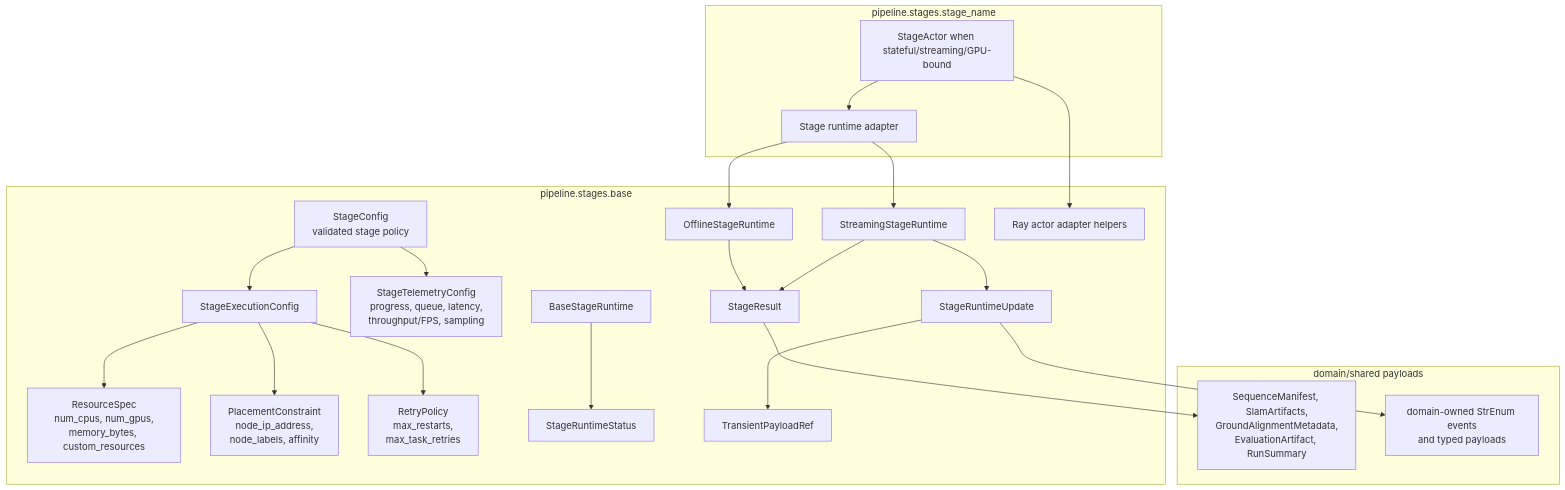
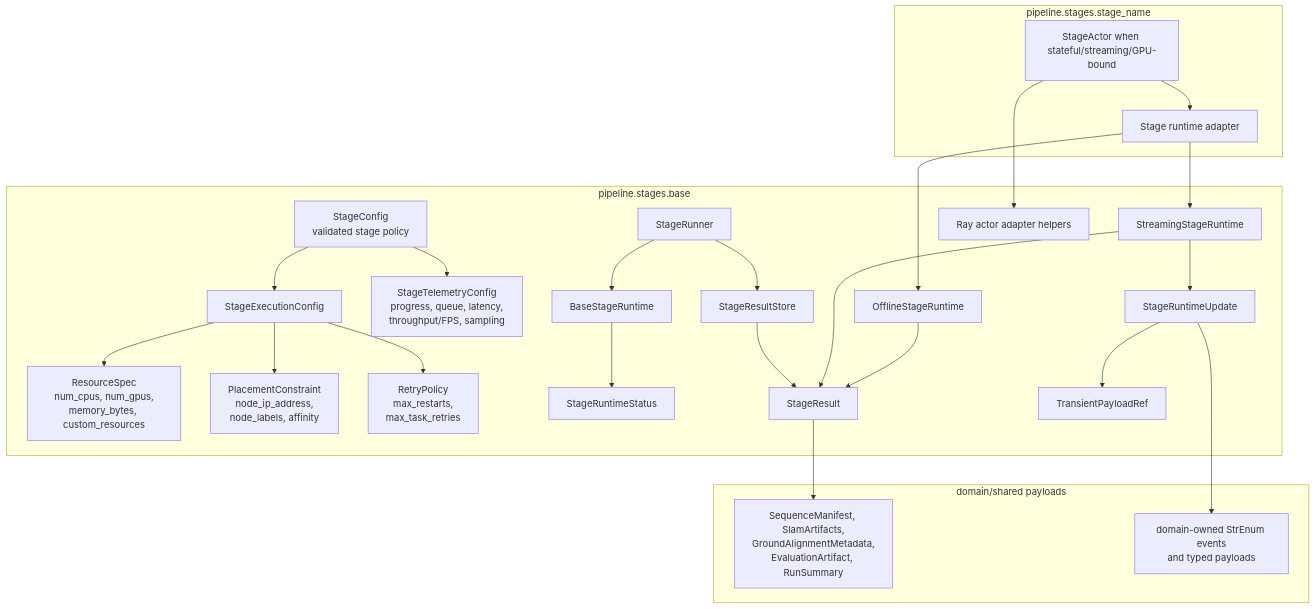
One commit to JanDuchscherer104/prml-vslam changed the second of 13 diagrams in docs/architecture/pipeline-stage-refactor-target.md. Above: the diagram before and after it, drawn with Mermaid. The commit also changed other lines of this file and 3 other files, not shown here.

Commit message:
docs: refresh pipeline stage target architecture

````diff
--- a/docs/architecture/pipeline-stage-refactor-target.md
+++ b/docs/architecture/pipeline-stage-refactor-target.md
@@ -167,46 +205,51 @@
 ```mermaid
 flowchart TB
     subgraph Base["pipeline.stages.base"]
         StageConfig["StageConfig<br/>validated stage policy"]
         ExecutionConfig["StageExecutionConfig"]
         Resources["ResourceSpec<br/>num_cpus, num_gpus,<br/>memory_bytes, custom_resources"]
         Placement["PlacementConstraint<br/>node_ip_address,<br/>node_labels, affinity"]
         Retry["RetryPolicy<br/>max_restarts,<br/>max_task_retries"]
         Telemetry["StageTelemetryConfig<br/>progress, queue, latency,<br/>throughput/FPS, sampling"]
         RuntimeStatus["StageRuntimeStatus"]
         StageResult["StageResult"]
         StageUpdate["StageRuntimeUpdate"]
         PayloadRef["TransientPayloadRef"]
         BaseProtocol["BaseStageRuntime"]
         OfflineProtocol["OfflineStageRuntime"]
         StreamingProtocol["StreamingStageRuntime"]
+        ResultStore["StageResultStore"]
+        Runner["StageRunner"]
         RayHelpers["Ray actor adapter helpers"]
     end
 
     subgraph StageImpl["pipeline.stages.stage_name"]
         StageRuntime["Stage runtime adapter"]
         OptionalActor["StageActor when stateful/streaming/GPU-bound"]
     end
 
     subgraph DomainPayloads["domain/shared payloads"]
         Payloads["SequenceManifest, SlamArtifacts,<br/>GroundAlignmentMetadata,<br/>EvaluationArtifact, RunSummary"]
         DomainEvents["domain-owned StrEnum events<br/>and typed payloads"]
     end
 
     StageConfig --> ExecutionConfig
     ExecutionConfig --> Resources
     ExecutionConfig --> Placement
     ExecutionConfig --> Retry
     StageConfig --> Telemetry
     BaseProtocol --> RuntimeStatus
     OfflineProtocol --> StageResult
     StreamingProtocol --> StageUpdate
     StreamingProtocol --> StageResult
     StageUpdate --> PayloadRef
     StageUpdate --> DomainEvents
     StageResult --> Payloads
+    ResultStore --> StageResult
+    Runner --> ResultStore
+    Runner --> BaseProtocol
     StageRuntime --> OfflineProtocol
     StageRuntime --> StreamingProtocol
     OptionalActor --> RayHelpers
     OptionalActor --> StageRuntime
 ```
````
